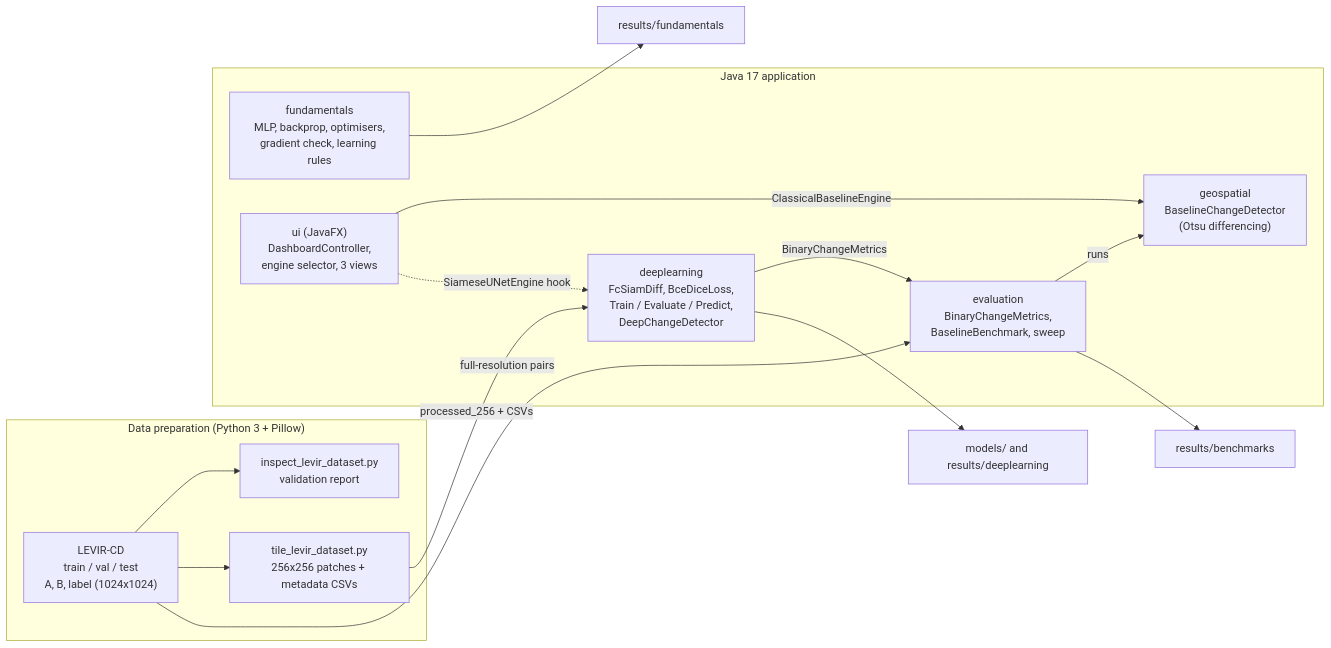
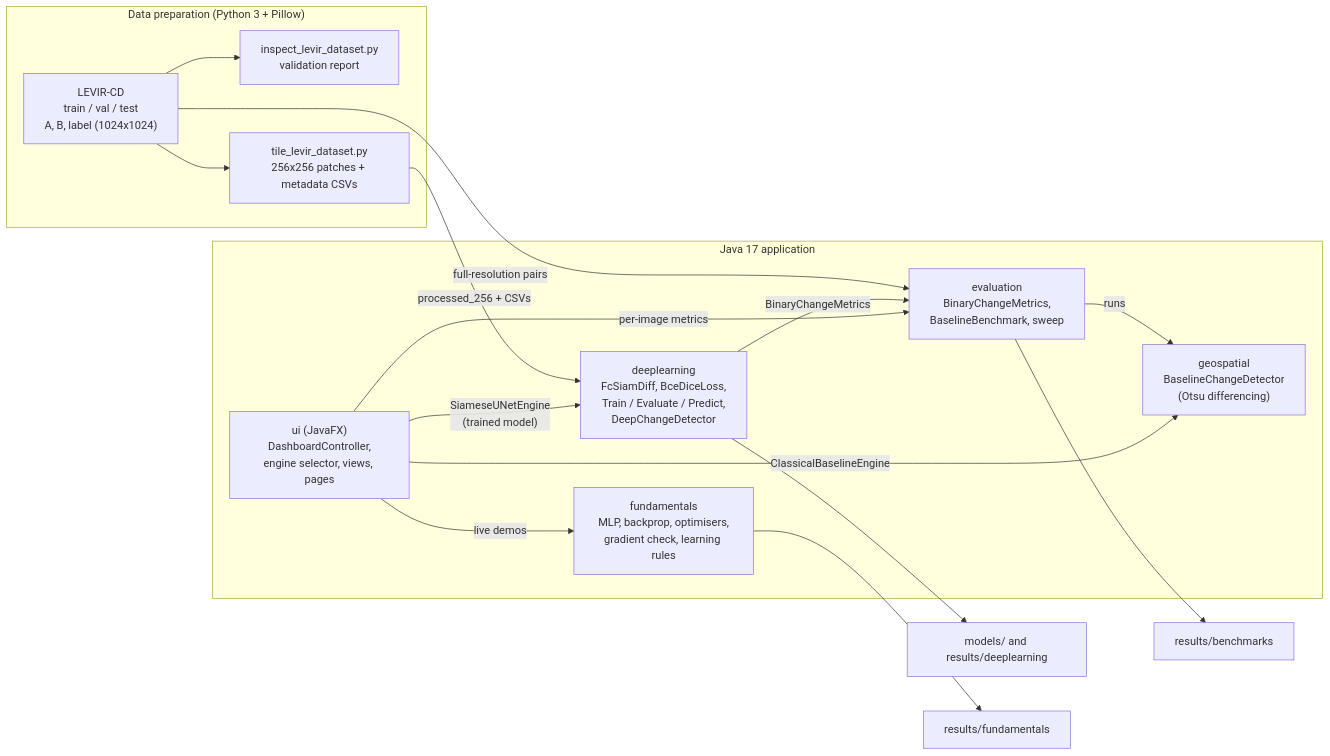
The diagram in README.md (Maosama01/landwatch-ai), drawn with Mermaid before and after one commit. The commit also changed other lines of this file and 1 other file, not shown here.

Commit message:
Docs: add deep-model results, baseline comparison and dashboard update

````diff
--- a/README.md
+++ b/README.md
@@ -48,28 +50,30 @@
 ```mermaid
 flowchart LR
     subgraph DATA["Data preparation (Python 3 + Pillow)"]
         RAW["LEVIR-CD<br/>train / val / test<br/>A, B, label (1024x1024)"]
         INSPECT["inspect_levir_dataset.py<br/>validation report"]
         TILE["tile_levir_dataset.py<br/>256x256 patches + metadata CSVs"]
         RAW --> INSPECT
         RAW --> TILE
     end
 
     subgraph JAVA["Java 17 application"]
         FUND["fundamentals<br/>MLP, backprop, optimisers,<br/>gradient check, learning rules"]
         GEO["geospatial<br/>BaselineChangeDetector<br/>(Otsu differencing)"]
         EVAL["evaluation<br/>BinaryChangeMetrics,<br/>BaselineBenchmark, sweep"]
         DL["deeplearning<br/>FcSiamDiff, BceDiceLoss,<br/>Train / Evaluate / Predict,<br/>DeepChangeDetector"]
-        UI["ui (JavaFX)<br/>DashboardController,<br/>engine selector, 3 views"]
+        UI["ui (JavaFX)<br/>DashboardController,<br/>engine selector, views, pages"]
     end
 
     RAW -->|"full-resolution pairs"| EVAL
     EVAL -->|"runs"| GEO
     TILE -->|"processed_256 + CSVs"| DL
     DL -->|"BinaryChangeMetrics"| EVAL
     UI -->|"ClassicalBaselineEngine"| GEO
-    UI -.->|"SiameseUNetEngine hook"| DL
+    UI -->|"SiameseUNetEngine<br/>(trained model)"| DL
+    UI -->|"per-image metrics"| EVAL
+    UI -->|"live demos"| FUND
     EVAL --> RB["results/benchmarks"]
     DL --> RD["models/ and results/deeplearning"]
     FUND --> RF["results/fundamentals"]
 ```
````
